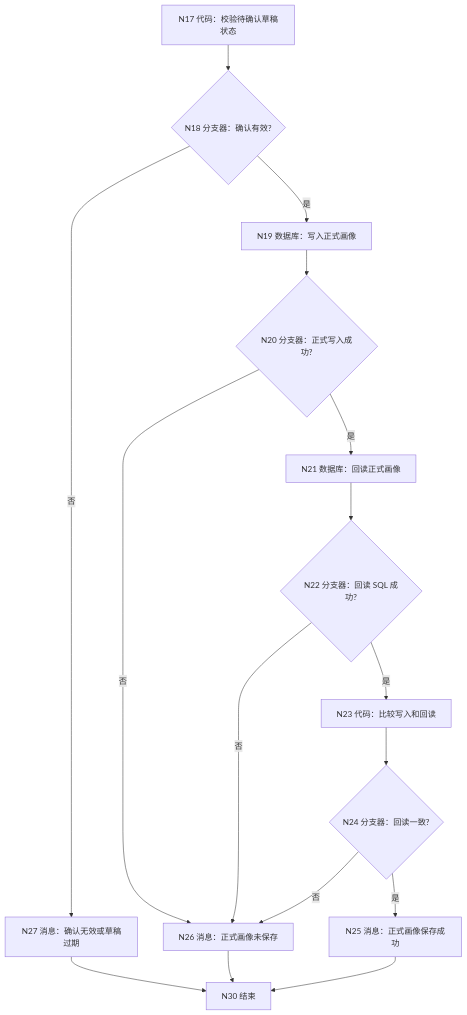
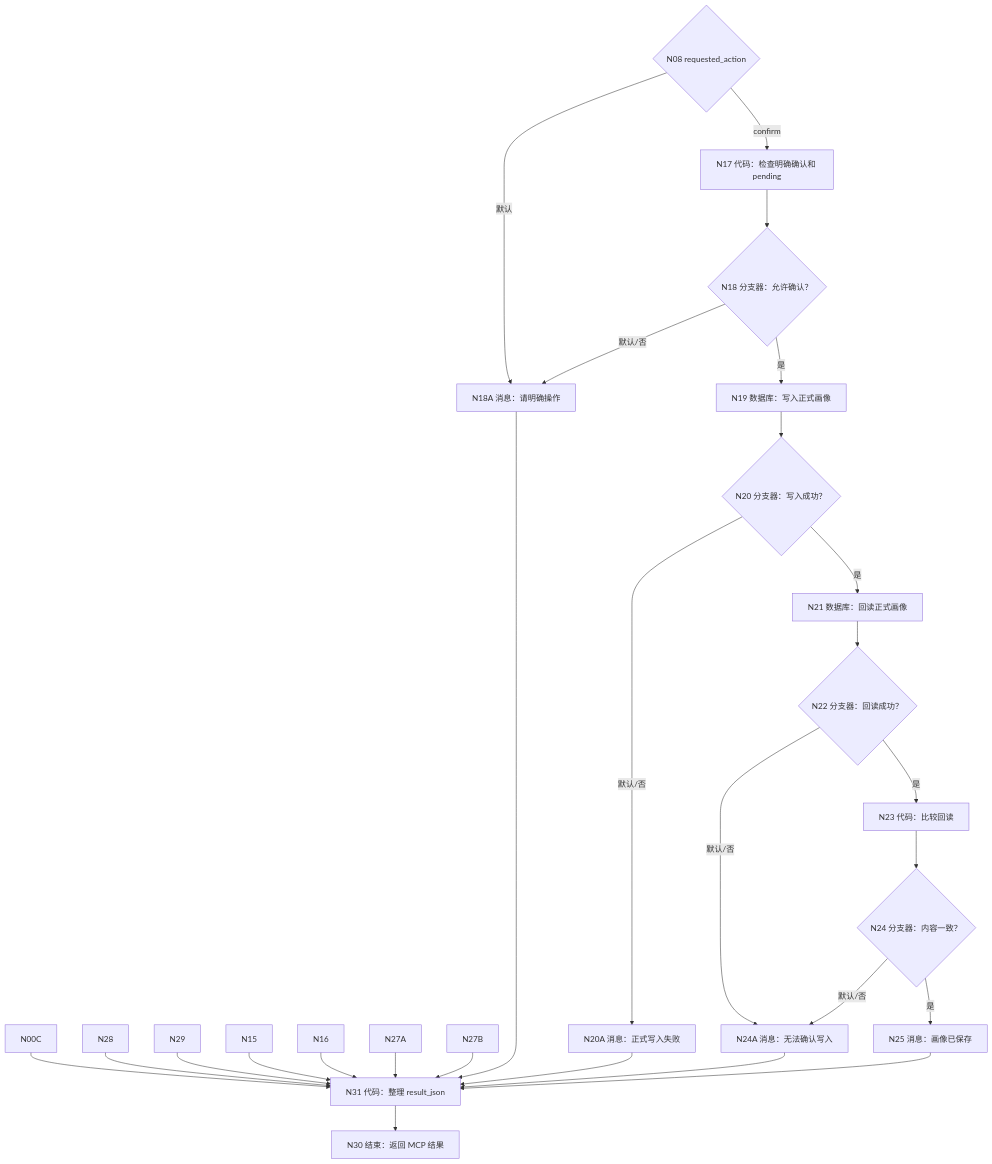
Before and after one commit to caoyue0115/university-life-planning-simulator: the third of 3 diagrams in docs/workflows/WF-01-user-profile.md, drawn with Mermaid. The commit also changed other lines of this file and 15 other files, not shown here.

````diff
--- a/docs/workflows/WF-01-user-profile.md
+++ b/docs/workflows/WF-01-user-profile.md
@@ -129,15 +111,29 @@
 ```mermaid
 flowchart TD
-    N17["N17 代码：校验待确认草稿状态"] --> N18{"N18 分支器：确认有效?"}
-    N18 -->|否| N27["N27 消息：确认无效或草稿过期"] --> N30["N30 结束"]
+    N08{"N08 requested_action"} -->|confirm| N17["N17 代码：检查明确确认和 pending"]
+    N08 -->|默认| N18A["N18A 消息：请明确操作"]
+    N17 --> N18{"N18 分支器：允许确认？"}
+    N18 -->|默认/否| N18A
     N18 -->|是| N19["N19 数据库：写入正式画像"]
-    N19 --> N20{"N20 分支器：正式写入成功?"}
-    N20 -->|否| N26["N26 消息：正式画像未保存"] --> N30
+    N19 --> N20{"N20 分支器：写入成功？"}
+    N20 -->|默认/否| N20A["N20A 消息：正式写入失败"]
     N20 -->|是| N21["N21 数据库：回读正式画像"]
-    N21 --> N22{"N22 分支器：回读 SQL 成功?"}
-    N22 -->|否| N26
-    N22 -->|是| N23["N23 代码：比较写入和回读"]
-    N23 --> N24{"N24 分支器：回读一致?"}
-    N24 -->|否| N26
-    N24 -->|是| N25["N25 消息：正式画像保存成功"] --> N30
+    N21 --> N22{"N22 分支器：回读成功？"}
+    N22 -->|默认/否| N24A["N24A 消息：无法确认写入"]
+    N22 -->|是| N23["N23 代码：比较回读"]
+    N23 --> N24{"N24 分支器：内容一致？"}
+    N24 -->|是| N25["N25 消息：画像已保存"]
+    N24 -->|默认/否| N24A
+    N00C --> N31["N31 代码：整理 result_json"]
+    N28 --> N31
+    N29 --> N31
+    N15 --> N31
+    N16 --> N31
+    N27A --> N31
+    N27B --> N31
+    N18A --> N31
+    N20A --> N31
+    N24A --> N31
+    N25 --> N31
+    N31 --> N30["N30 结束：返回 MCP 结果"]
 ```
````
